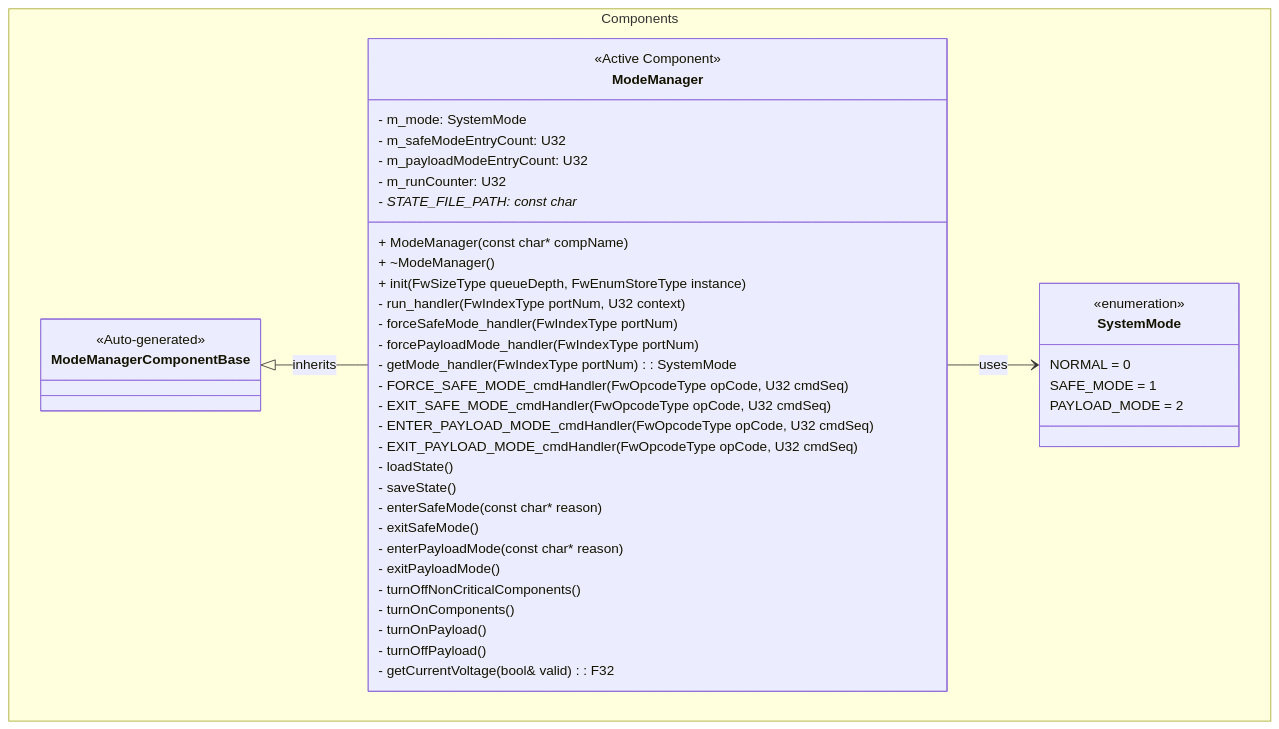
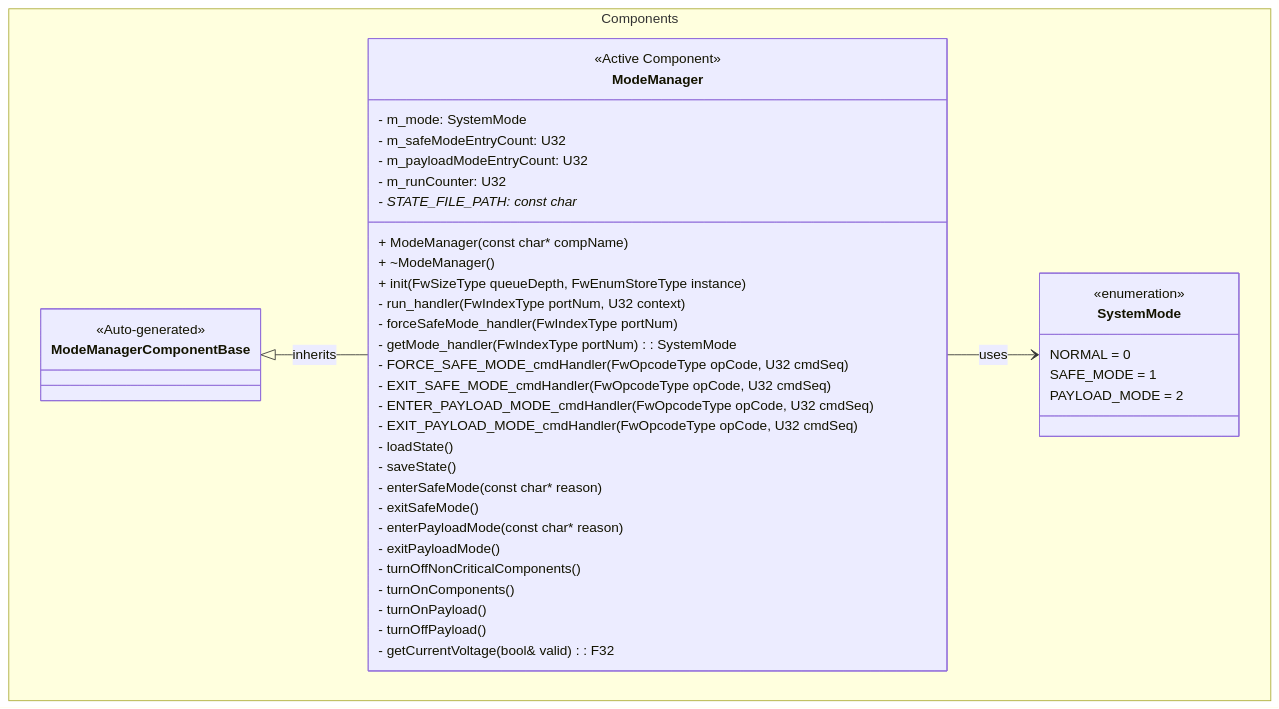
One commit to Open-Source-Space-Foundation/proves-core-reference changed the first of 8 diagrams in FprimeZephyrReference/Components/ModeManager/docs/sdd.md. Above: the diagram before and after it, drawn with Mermaid. The commit also changed other lines of this file and 3 other files, not shown here.

````diff
--- a/FprimeZephyrReference/Components/ModeManager/docs/sdd.md
+++ b/FprimeZephyrReference/Components/ModeManager/docs/sdd.md
@@ -99,46 +96,45 @@
 ```mermaid
 classDiagram
     namespace Components {
         class ModeManagerComponentBase {
             <<Auto-generated>>
         }
         class ModeManager {
             <<Active Component>>
             - m_mode: SystemMode
             - m_safeModeEntryCount: U32
             - m_payloadModeEntryCount: U32
             - m_runCounter: U32
             - STATE_FILE_PATH: const char*
             + ModeManager(const char* compName)
             + ~ModeManager()
             + init(FwSizeType queueDepth, FwEnumStoreType instance)
             - run_handler(FwIndexType portNum, U32 context)
             - forceSafeMode_handler(FwIndexType portNum)
-            - forcePayloadMode_handler(FwIndexType portNum)
             - getMode_handler(FwIndexType portNum): SystemMode
             - FORCE_SAFE_MODE_cmdHandler(FwOpcodeType opCode, U32 cmdSeq)
             - EXIT_SAFE_MODE_cmdHandler(FwOpcodeType opCode, U32 cmdSeq)
             - ENTER_PAYLOAD_MODE_cmdHandler(FwOpcodeType opCode, U32 cmdSeq)
             - EXIT_PAYLOAD_MODE_cmdHandler(FwOpcodeType opCode, U32 cmdSeq)
             - loadState()
             - saveState()
             - enterSafeMode(const char* reason)
             - exitSafeMode()
             - enterPayloadMode(const char* reason)
             - exitPayloadMode()
             - turnOffNonCriticalComponents()
             - turnOnComponents()
             - turnOnPayload()
             - turnOffPayload()
             - getCurrentVoltage(bool& valid): F32
         }
         class SystemMode {
             <<enumeration>>
             NORMAL = 0
             SAFE_MODE = 1
             PAYLOAD_MODE = 2
         }
     }
     ModeManagerComponentBase <|-- ModeManager : inherits
     ModeManager --> SystemMode : uses
 ```
````
